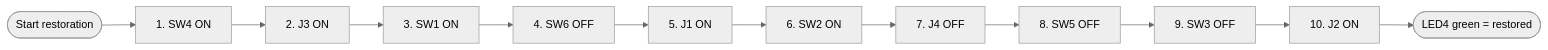
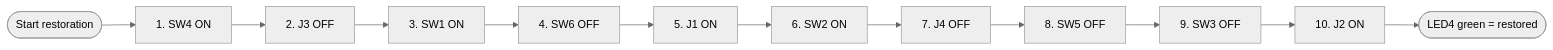
The fourth of 13 diagrams in hardware/raspberry-pi/RESTORE-MODES-MANUAL.md (Andworx/Copilot-IoT-Game), drawn with Mermaid (neutral theme) before and after one commit. The commit also changed other lines of this file and 40 other files, not shown here.

````diff
--- a/hardware/raspberry-pi/RESTORE-MODES-MANUAL.md
+++ b/hardware/raspberry-pi/RESTORE-MODES-MANUAL.md
@@ -195,26 +201,26 @@
 ```mermaid
 flowchart LR
   start([Start restoration])
   s1["1. SW4 ON"]
   start --> s1
-  s2["2. J3 ON"]
+  s2["2. J3 OFF"]
   s1 --> s2
   s3["3. SW1 ON"]
   s2 --> s3
   s4["4. SW6 OFF"]
   s3 --> s4
   s5["5. J1 ON"]
   s4 --> s5
   s6["6. SW2 ON"]
   s5 --> s6
   s7["7. J4 OFF"]
   s6 --> s7
   s8["8. SW5 OFF"]
   s7 --> s8
   s9["9. SW3 OFF"]
   s8 --> s9
   s10["10. J2 ON"]
   s9 --> s10
   done([LED4 green = restored])
   s10 --> done
 ```
````
